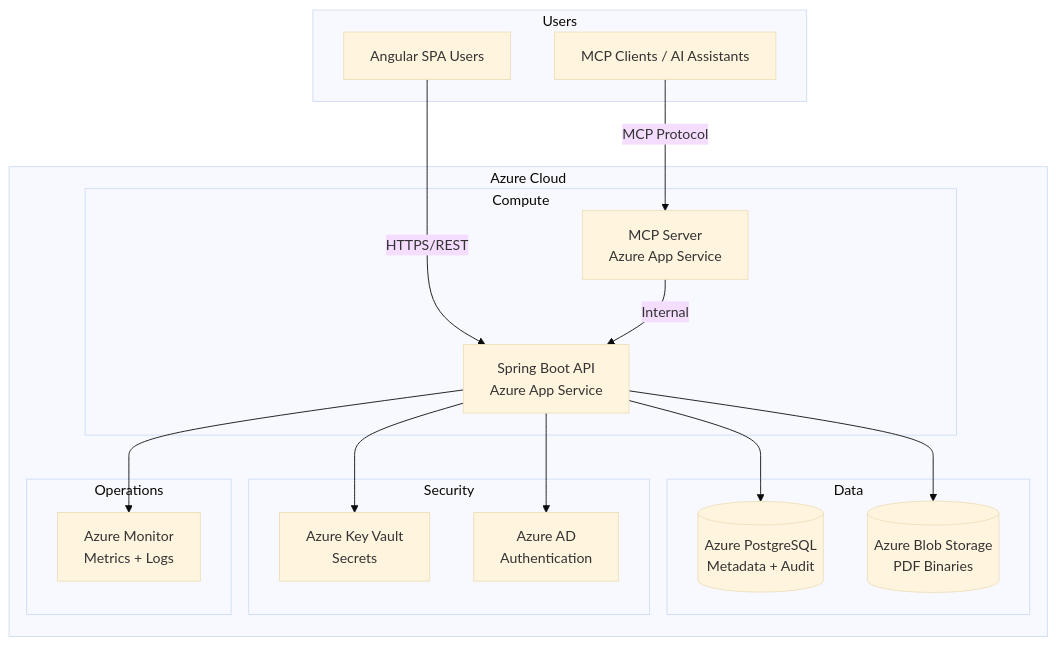
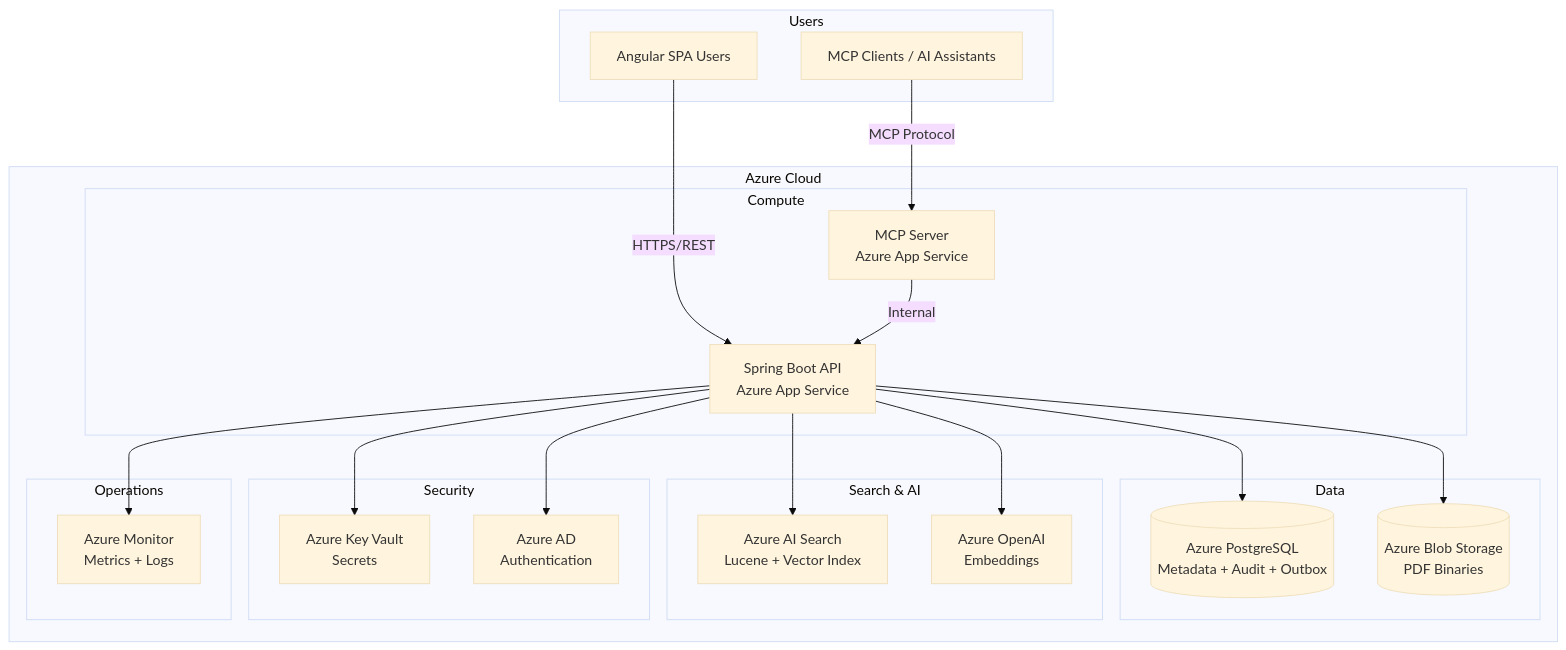
The first of 4 diagrams in .kiro/specs/cloud-document-management-system/design.md (klaushuberruiz/agentic-dms-archive), drawn with Mermaid (base theme) before and after one commit. The commit also changed other lines of this file and 111 other files, not shown here.

````diff
--- a/.kiro/specs/cloud-document-management-system/design.md
+++ b/.kiro/specs/cloud-document-management-system/design.md
@@ -20,37 +22,44 @@
 ```mermaid
 graph TB
     subgraph "Users"
         U1[Angular SPA Users]
         U2[MCP Clients / AI Assistants]
     end
     
     subgraph "Azure Cloud"
         subgraph "Compute"
             API[Spring Boot API<br/>Azure App Service]
             MCP[MCP Server<br/>Azure App Service]
         end
         
         subgraph "Data"
-            PG[(Azure PostgreSQL<br/>Metadata + Audit)]
+            PG[(Azure PostgreSQL<br/>Metadata + Audit + Outbox)]
             BLOB[(Azure Blob Storage<br/>PDF Binaries)]
+        end
+        
+        subgraph "Search & AI"
+            AIS[Azure AI Search<br/>Lucene + Vector Index]
+            AOAI[Azure OpenAI<br/>Embeddings]
         end
         
         subgraph "Security"
             KV[Azure Key Vault<br/>Secrets]
             AAD[Azure AD<br/>Authentication]
         end
         
         subgraph "Operations"
             MON[Azure Monitor<br/>Metrics + Logs]
         end
     end
     
     U1 -->|HTTPS/REST| API
     U2 -->|MCP Protocol| MCP
     MCP -->|Internal| API
     API --> PG
     API --> BLOB
+    API --> AIS
+    API --> AOAI
     API --> KV
     API --> AAD
     API --> MON
 ```
````
